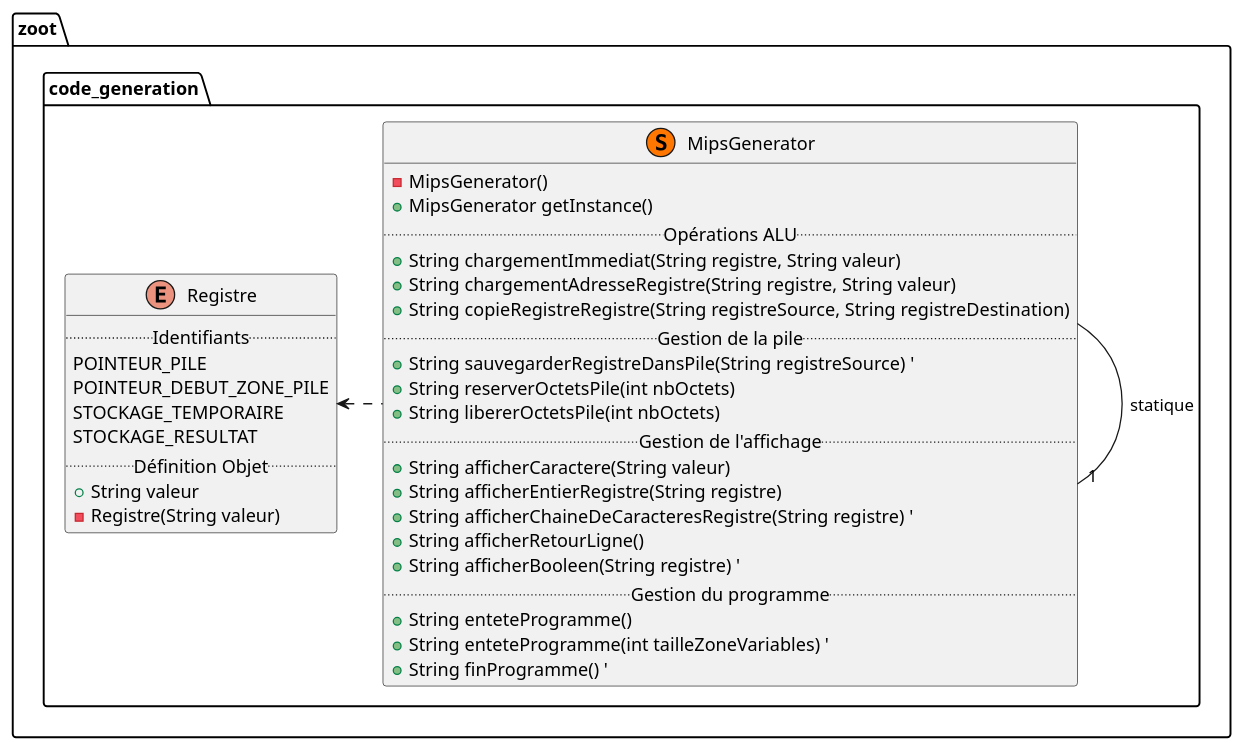
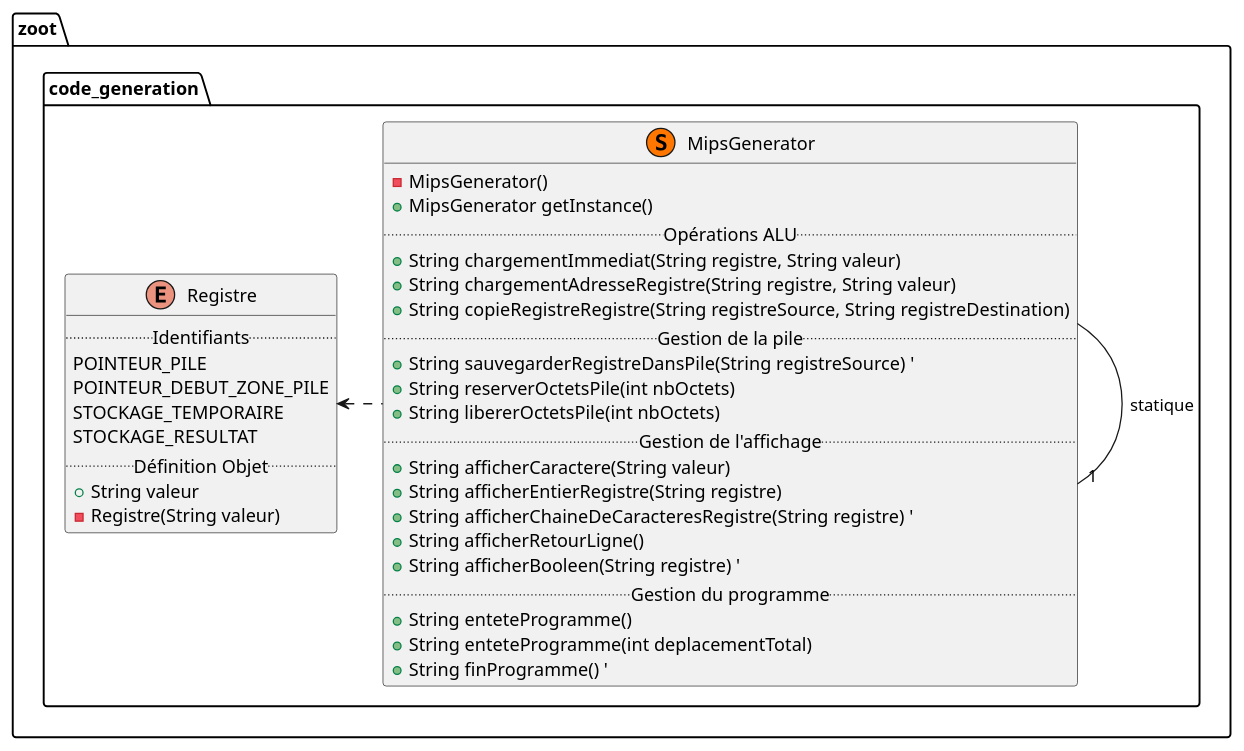
One commit to lmtb06/zoot changed the diagram in diagrammes/classe/code_generation.puml. Above: the diagram before and after it, drawn with PlantUML. The commit also changed 3 other files, not shown here.

Commit message:
FinEntete, DebutProgramme fait.

```diff
--- a/diagrammes/classe/code_generation.puml
+++ b/diagrammes/classe/code_generation.puml
@@ -1,45 +1,45 @@
 @startuml "Package code_generation"
 
 namespace zoot.code_generation {
     ' Includes
     ' Classes
     enum Registre{
         .. Identifiants ..
         POINTEUR_PILE
         POINTEUR_DEBUT_ZONE_PILE
         STOCKAGE_TEMPORAIRE
         STOCKAGE_RESULTAT
         .. Définition Objet ..
         + String valeur
         - Registre(String valeur)
     }
 
     class MipsGenerator << (S,#FF7700) >> {
         - MipsGenerator()
         + MipsGenerator getInstance()
         .. Opérations ALU ..
         + String chargementImmediat(String registre, String valeur)
         + String chargementAdresseRegistre(String registre, String valeur)
         + String copieRegistreRegistre(String registreSource, String registreDestination)
         .. Gestion de la pile ..
         + String sauvegarderRegistreDansPile(String registreSource) '
         + String reserverOctetsPile(int nbOctets)
         + String libererOctetsPile(int nbOctets)
         .. Gestion de l'affichage ..
         + String afficherCaractere(String valeur)
         + String afficherEntierRegistre(String registre)
         + String afficherChaineDeCaracteresRegistre(String registre) '
         + String afficherRetourLigne()
         + String afficherBooleen(String registre) '
         .. Gestion du programme ..
         + String enteteProgramme()
-        + String enteteProgramme(int tailleZoneVariables) '
+        + String enteteProgramme(int deplacementTotal)
         + String finProgramme() '
     }
 
     ' Relations entre les classes
     MipsGenerator -right-"1" MipsGenerator : statique
     MipsGenerator .left.> Registre
 
 }
 @enduml
```
